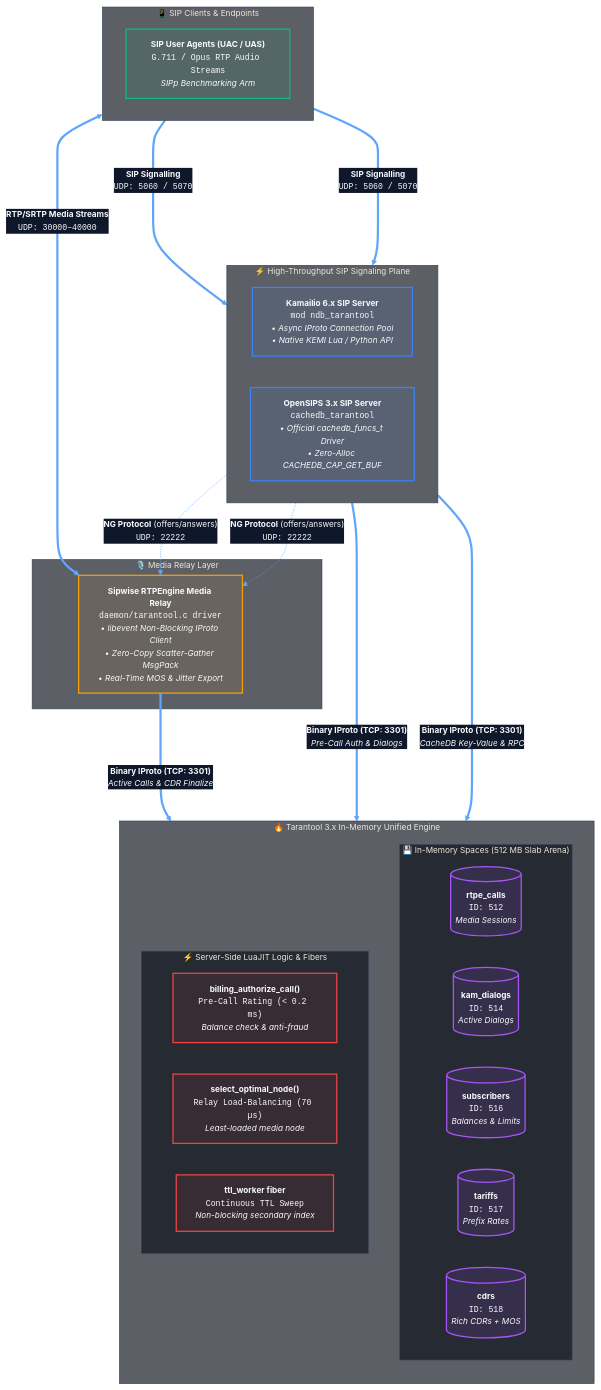
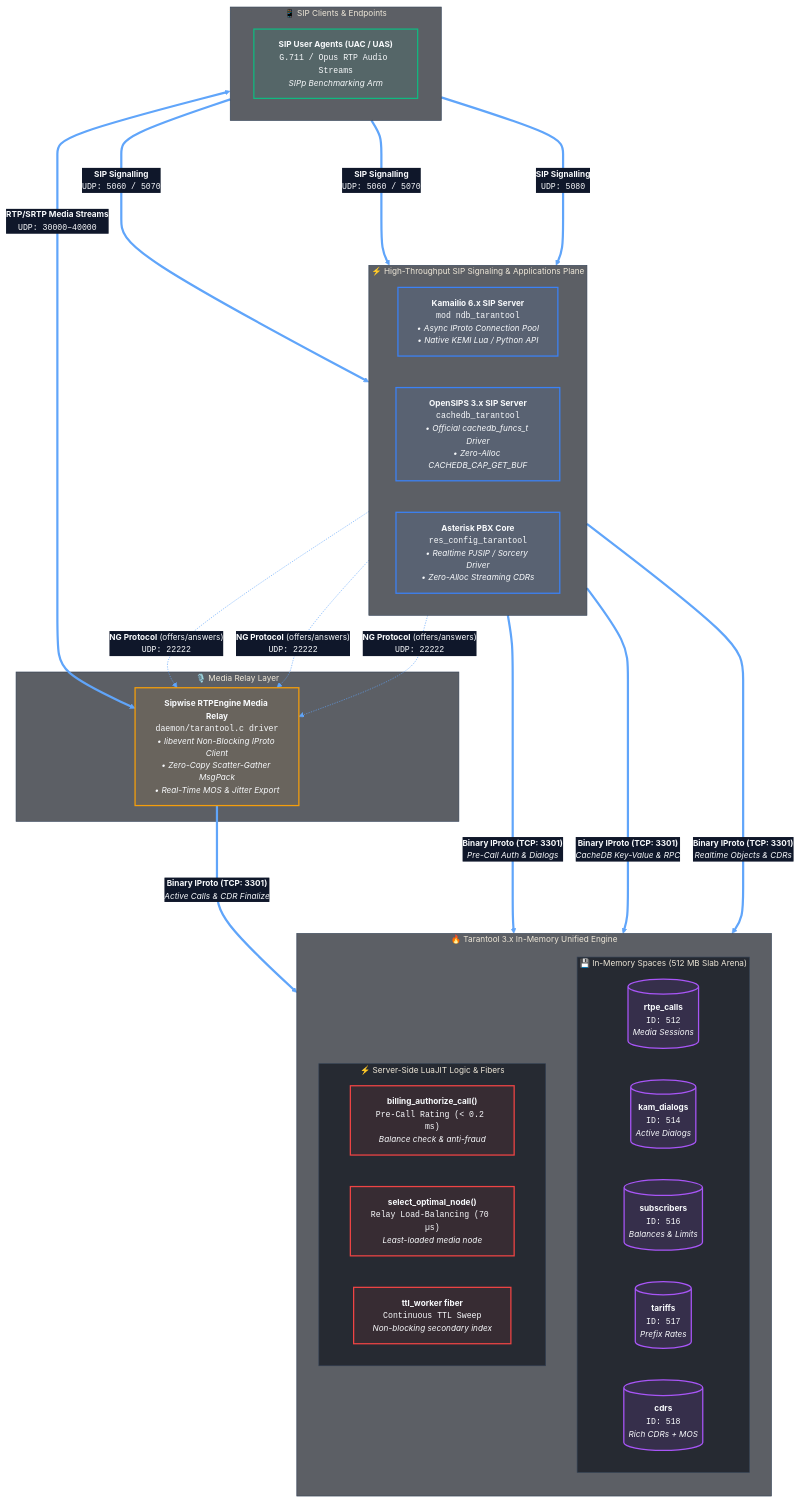
One commit to lean1ee/tarantool-voip-backend changed the diagram in README.md. Above: the diagram before and after it, drawn with Mermaid. The commit also changed other lines of this file and 21 other files, not shown here.

First line of the commit message:
feat(asterisk): add native Asterisk Tarantool 3.x connector suite, Realtime backend & cluster examples

````diff
--- a/README.md
+++ b/README.md
@@ -26,75 +28,79 @@
 ```mermaid
 %%{init: {
   'theme': 'base',
   'themeVariables': {
     'fontFamily': 'Inter, system-ui, -apple-system, sans-serif',
     'fontSize': '13px',
     'darkMode': true,
     'primaryColor': '#1e293b',
     'primaryTextColor': '#f8fafc',
     'primaryBorderColor': '#3b82f6',
     'lineColor': '#60a5fa',
     'secondaryColor': '#0f172a',
     'tertiaryColor': '#111827',
     'clusterBkg': '#0b0f19aa',
     'clusterBorder': '#334155',
     'edgeLabelBackground': '#0f172a'
   }
 }}%%
 flowchart TB
     subgraph Clients["📱 SIP Clients & Endpoints"]
         direction LR
         UAC["<b>SIP User Agents (UAC / UAS)</b><br/><code>G.711 / Opus RTP Audio Streams</code><br/><i>SIPp Benchmarking Arm</i>"]
     end
 
-    subgraph Signaling["⚡ High-Throughput SIP Signaling Plane"]
+    subgraph Signaling["⚡ High-Throughput SIP Signaling & Applications Plane"]
         direction LR
         KAM["<b>Kamailio 6.x SIP Server</b><br/><code>mod ndb_tarantool</code><br/><i>• Async IProto Connection Pool<br/>• Native KEMI Lua / Python API</i>"]
         OS["<b>OpenSIPS 3.x SIP Server</b><br/><code>cachedb_tarantool</code><br/><i>• Official cachedb_funcs_t Driver<br/>• Zero-Alloc CACHEDB_CAP_GET_BUF</i>"]
+        AST["<b>Asterisk PBX Core</b><br/><code>res_config_tarantool</code><br/><i>• Realtime PJSIP / Sorcery Driver<br/>• Zero-Alloc Streaming CDRs</i>"]
     end
 
     subgraph Media["🎙️ Media Relay Layer"]
         RTPE["<b>Sipwise RTPEngine Media Relay</b><br/><code>daemon/tarantool.c driver</code><br/><i>• libevent Non-Blocking IProto Client<br/>• Zero-Copy Scatter-Gather MsgPack<br/>• Real-Time MOS &amp; Jitter Export</i>"]
     end
 
     subgraph Backend["🔥 Tarantool 3.x In-Memory Unified Engine"]
         direction TB
         subgraph Memtx["💾 In-Memory Spaces (512 MB Slab Arena)"]
             direction LR
             S1[("<b>rtpe_calls</b><br/><code>ID: 512</code><br/><i>Media Sessions</i>")]
             S2[("<b>kam_dialogs</b><br/><code>ID: 514</code><br/><i>Active Dialogs</i>")]
             S3[("<b>subscribers</b><br/><code>ID: 516</code><br/><i>Balances &amp; Limits</i>")]
             S4[("<b>tariffs</b><br/><code>ID: 517</code><br/><i>Prefix Rates</i>")]
             S5[("<b>cdrs</b><br/><code>ID: 518</code><br/><i>Rich CDRs + MOS</i>")]
         end
         subgraph Engine["⚡ Server-Side LuaJIT Logic &amp; Fibers"]
             direction LR
             LUA1["<b>billing_authorize_call()</b><br/><code>Pre-Call Rating (&lt; 0.2 ms)</code><br/><i>Balance check &amp; anti-fraud</i>"]
             LUA2["<b>select_optimal_node()</b><br/><code>Relay Load-Balancing (70 µs)</code><br/><i>Least-loaded media node</i>"]
             LUA3["<b>ttl_worker fiber</b><br/><code>Continuous TTL Sweep</code><br/><i>Non-blocking secondary index</i>"]
         end
     end
 
     UAC ==>|"<b>SIP Signalling</b><br/><code>UDP: 5060 / 5070</code>"| KAM
     UAC ==>|"<b>SIP Signalling</b><br/><code>UDP: 5060 / 5070</code>"| OS
+    UAC ==>|"<b>SIP Signalling</b><br/><code>UDP: 5080</code>"| AST
     UAC <=====>|"<b>RTP/SRTP Media Streams</b><br/><code>UDP: 30000–40000</code>"| RTPE
 
     KAM -.->|"<b>NG Protocol</b> (offers/answers)<br/><code>UDP: 22222</code>"| RTPE
     OS -.->|"<b>NG Protocol</b> (offers/answers)<br/><code>UDP: 22222</code>"| RTPE
+    AST -.->|"<b>NG Protocol</b> (offers/answers)<br/><code>UDP: 22222</code>"| RTPE
 
     KAM ===>|"<b>Binary IProto (TCP: 3301)</b><br/><i>Pre-Call Auth &amp; Dialogs</i>"| Backend
     OS ===>|"<b>Binary IProto (TCP: 3301)</b><br/><i>CacheDB Key-Value &amp; RPC</i>"| Backend
+    AST ===>|"<b>Binary IProto (TCP: 3301)</b><br/><i>Realtime Objects &amp; CDRs</i>"| Backend
     RTPE ===>|"<b>Binary IProto (TCP: 3301)</b><br/><i>Active Calls &amp; CDR Finalize</i>"| Backend
 
     classDef tnt fill:#ef444415,stroke:#ef4444,stroke-width:2px,color:#f8fafc;
     classDef sip fill:#3b82f615,stroke:#3b82f6,stroke-width:2px,color:#f8fafc;
     classDef media fill:#f59e0b15,stroke:#f59e0b,stroke-width:2px,color:#f8fafc;
     classDef client fill:#10b98115,stroke:#10b981,stroke-width:2px,color:#f8fafc;
     classDef space fill:#a855f720,stroke:#a855f7,stroke-width:2px,color:#f8fafc;
 
-    class KAM,OS sip;
+    class KAM,OS,AST sip;
     class RTPE media;
     class UAC client;
     class LUA1,LUA2,LUA3 tnt;
     class S1,S2,S3,S4,S5 space;
 ```
````
